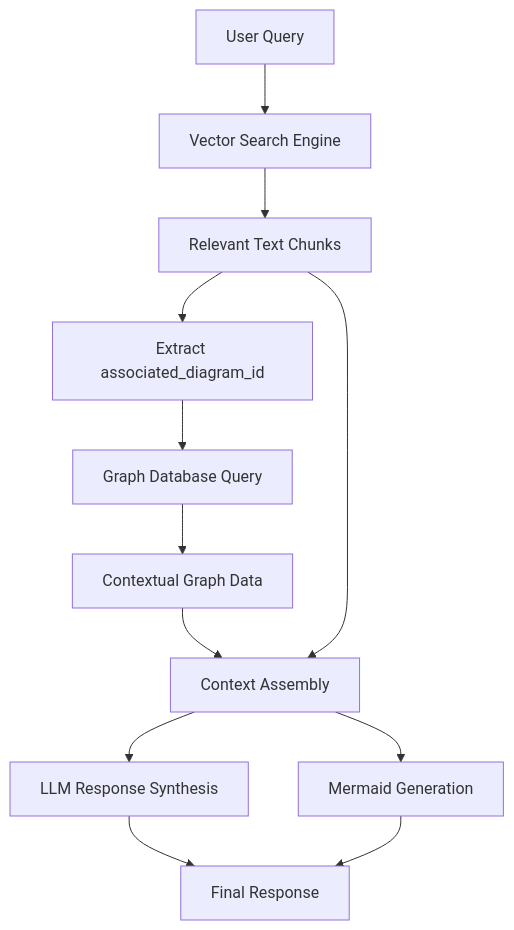
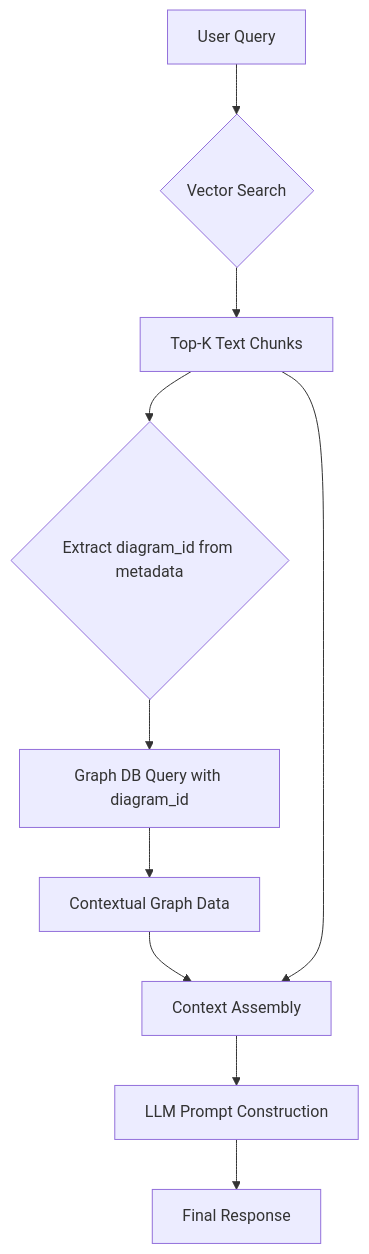
One commit to keo571/netbot-v2 changed the fourth of 10 diagrams in docs/architecture/ai-architecture.md. Above: the diagram before and after it, drawn with Mermaid. The commit also changed other lines of this file and 81 other files, not shown here.

````diff
--- a/docs/architecture/ai-architecture.md
+++ b/docs/architecture/ai-architecture.md
@@ -132,14 +261,12 @@
 ```mermaid
 graph TD
-    A[User Query] --> B[Vector Search Engine]
-    B --> C[Relevant Text Chunks]
-    C --> D[Extract associated_diagram_id]
-    D --> E[Graph Database Query]
+    A[User Query] --> B{Vector Search}
+    B --> C[Top-K Text Chunks]
+    C --> D{Extract diagram_id from metadata}
+    D --> E[Graph DB Query with diagram_id]
     E --> F[Contextual Graph Data]
     F --> G[Context Assembly]
     C --> G
-    G --> H[LLM Response Synthesis]
-    G --> I[Mermaid Generation]
-    H --> J[Final Response]
-    I --> J
+    G --> H[LLM Prompt Construction]
+    H --> I[Final Response]
 ```
````
